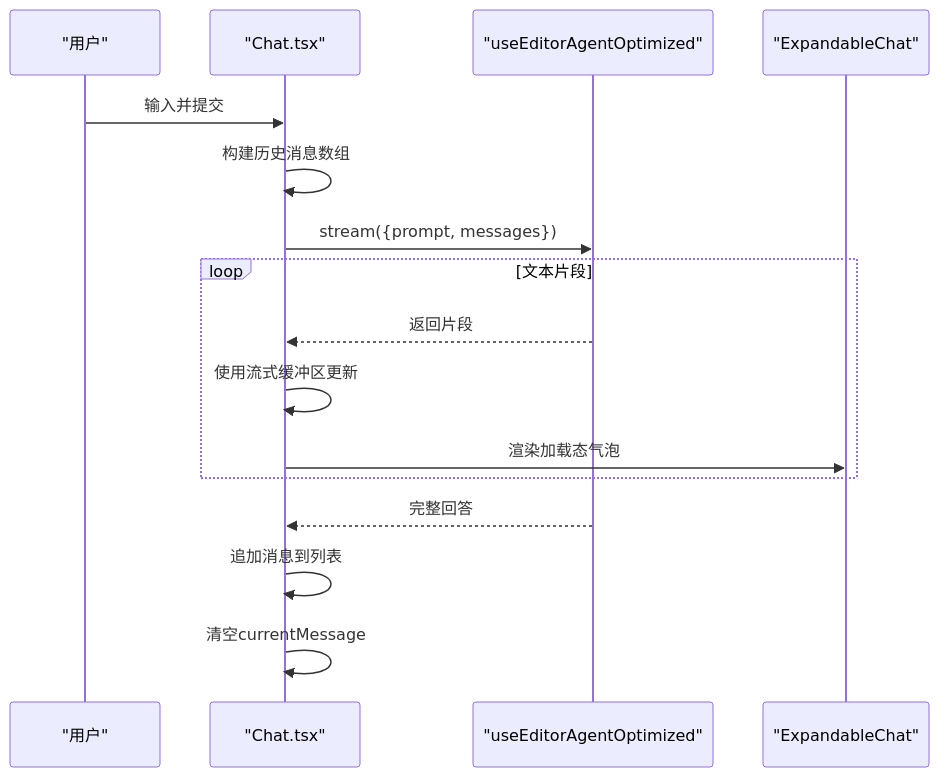
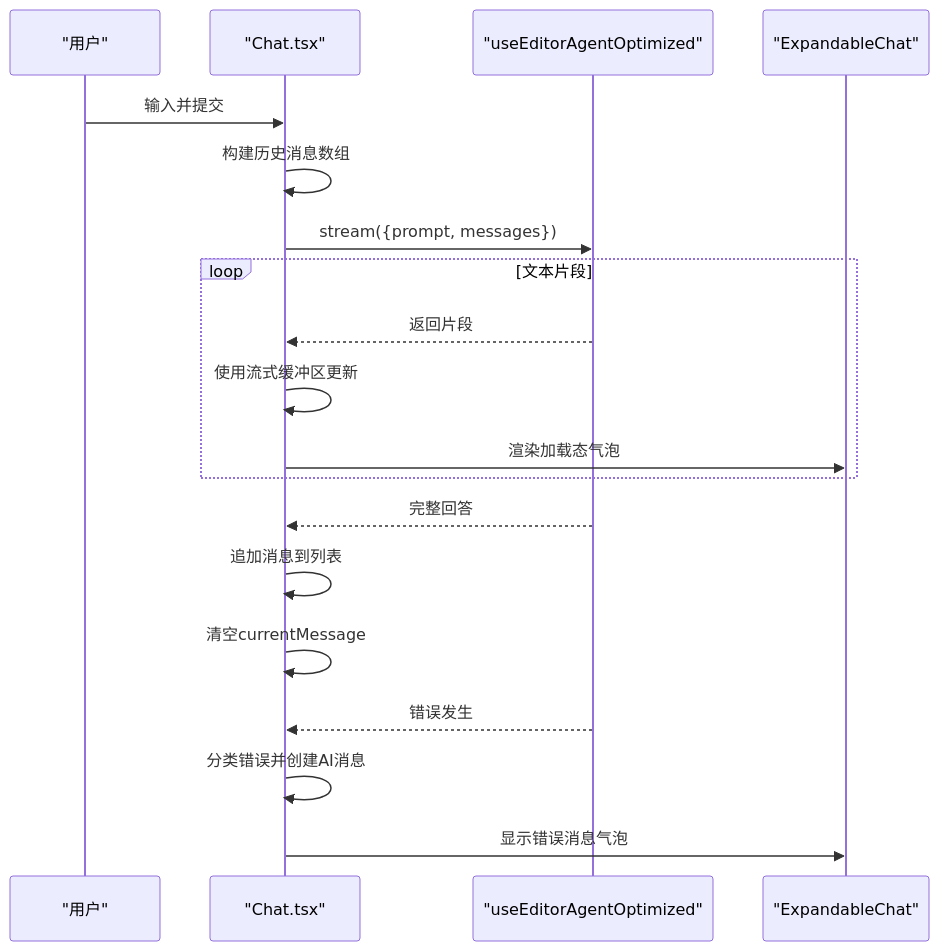
The sixth of 17 diagrams in .qoder/repowiki/zh/content/功能模块/AI插件/AI聊天界面.md (LRF0422/Kotion), drawn with Mermaid before and after one commit. The commit also changed other lines of this file and 34 other files, not shown here.

````diff
--- a/.qoder/repowiki/zh/content/功能模块/AI插件/AI聊天界面.md
+++ b/.qoder/repowiki/zh/content/功能模块/AI插件/AI聊天界面.md
@@ -367,18 +388,21 @@
 ```mermaid
 sequenceDiagram
 participant U as "用户"
 participant C as "Chat.tsx"
 participant A as "useEditorAgentOptimized"
 participant UI as "ExpandableChat"
 U->>C : 输入并提交
 C->>C : 构建历史消息数组
 C->>A : stream({prompt, messages})
 loop 文本片段
 A-->>C : 返回片段
 C->>C : 使用流式缓冲区更新
 C->>UI : 渲染加载态气泡
 end
 A-->>C : 完整回答
 C->>C : 追加消息到列表
 C->>C : 清空currentMessage
+A-->>C : 错误发生
+C->>C : 分类错误并创建AI消息
+C->>UI : 显示错误消息气泡
 ```
````
